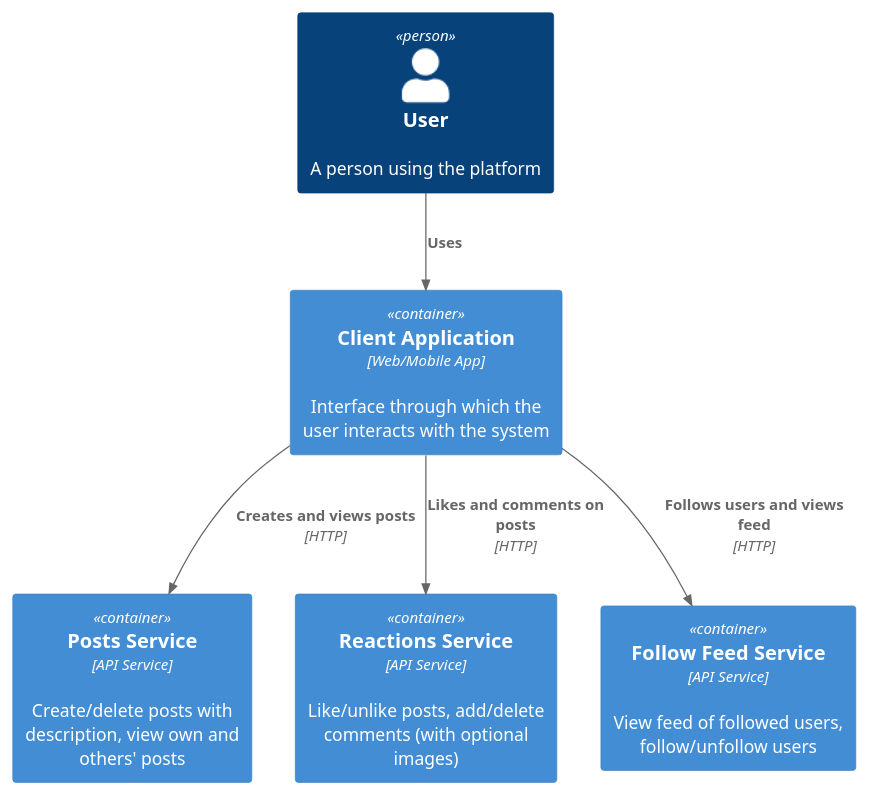
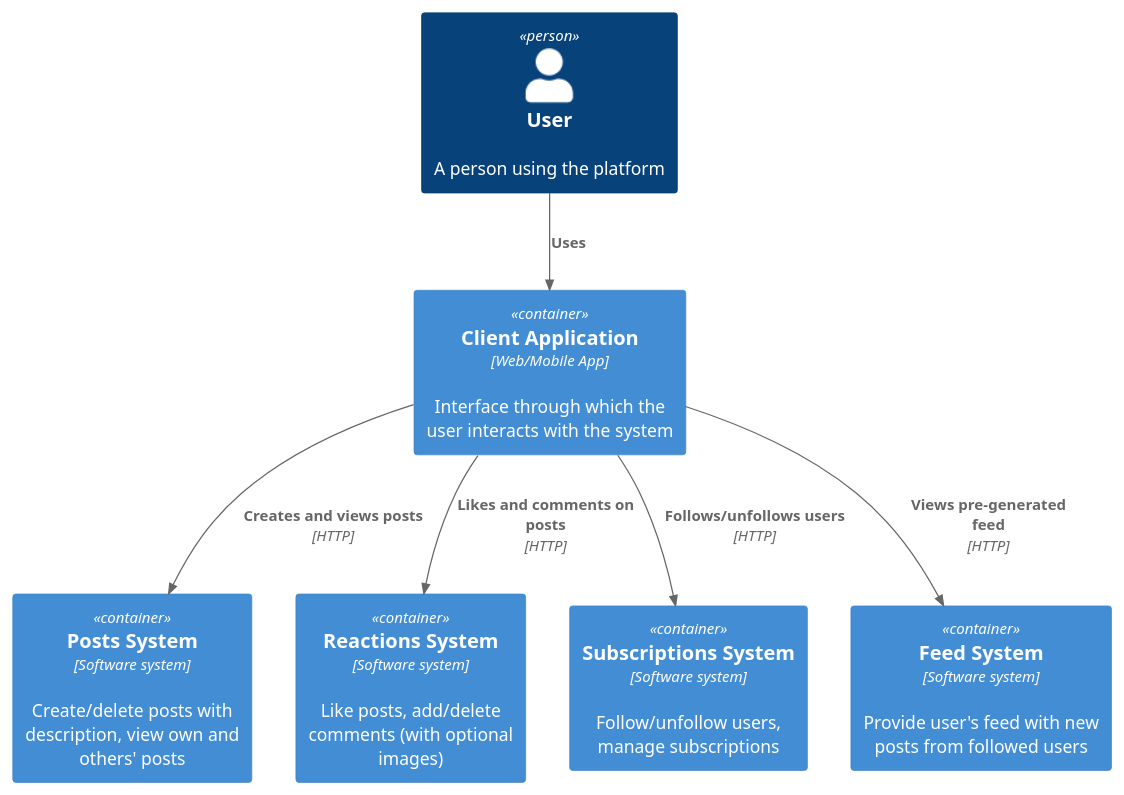
The diagram in architecture/context.puml (Anya97/social_network_system_design), drawn with PlantUML before and after one commit. The commit also changed 17 other files, not shown here.

```diff
--- a/architecture/context.puml
+++ b/architecture/context.puml
@@ -1,17 +1,18 @@
 @startuml
 !include https://raw.githubusercontent.com/plantuml-stdlib/C4-PlantUML/master/C4_Container.puml
 
 Person(user, "User", "A person using the platform")
 
 Container(clientApp, "Client Application", "Web/Mobile App", "Interface through which the user interacts with the system")
 
-Container(postsService, "Posts Service", "API Service", "Create/delete posts with description, view own and others' posts")
-Container(reactionsService, "Reactions Service", "API Service", "Like/unlike posts, add/delete comments (with optional images)")
-Container(feedService, "Follow Feed Service", "API Service", "View feed of followed users, follow/unfollow users")
+Container(postsSystem, "Posts System", "Software system", "Create/delete posts with description, view own and others' posts")
+Container(reactionsSystem, "Reactions System", "Software system", "Like posts, add/delete comments (with optional images)")
+Container(subscriptionsSystem, "Subscriptions System", "Software system", "Follow/unfollow users, manage subscriptions")
+Container(feedSystem, "Feed System", "Software system", "Provide user's feed with new posts from followed users")
 
 Rel(user, clientApp, "Uses")
-Rel(clientApp, postsService, "Creates and views posts", "HTTP")
-Rel(clientApp, reactionsService, "Likes and comments on posts", "HTTP")
-Rel(clientApp, feedService, "Follows users and views feed", "HTTP")
-
+Rel(clientApp, postsSystem, "Creates and views posts", "HTTP")
+Rel(clientApp, reactionsSystem, "Likes and comments on posts", "HTTP")
+Rel(clientApp, subscriptionsSystem, "Follows/unfollows users", "HTTP")
+Rel(clientApp, feedSystem, "Views pre-generated feed", "HTTP")
 @enduml
```
